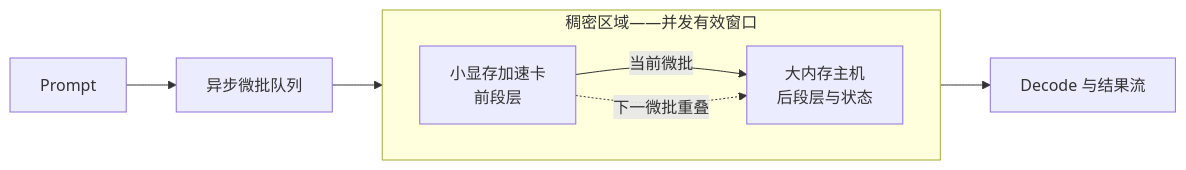
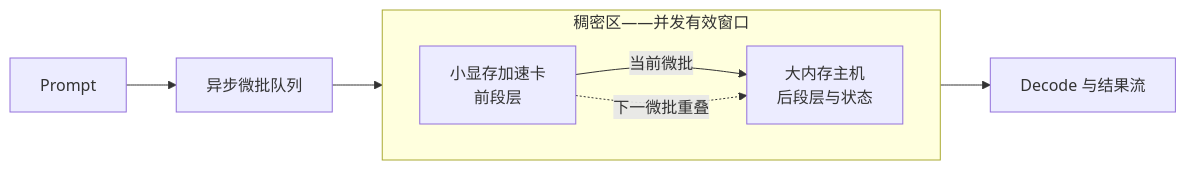
Before and after one commit to Soulmate-Halo/heterogeneous-gpu-pd-lab: the diagram in README_ZH.md, drawn with Mermaid. The commit also changed other lines of this file, not shown here.

Commit message:
docs: restore architecture-first six-experiment plan (v2.17)

````diff
--- a/README_ZH.md
+++ b/README_ZH.md
@@ -56,11 +11,11 @@
 ```mermaid
 flowchart LR
     P[Prompt] --> Q[异步微批队列]
-    subgraph D["稠密区域——并发有效窗口"]
+    subgraph D["稠密区——并发有效窗口"]
         direction LR
         N[小显存加速卡<br/>前段层] -->|当前微批| A[大内存主机<br/>后段层与状态]
     end
     Q --> N
     A --> O[Decode 与结果流]
     N -. 下一微批重叠 .-> A
 ```
````
